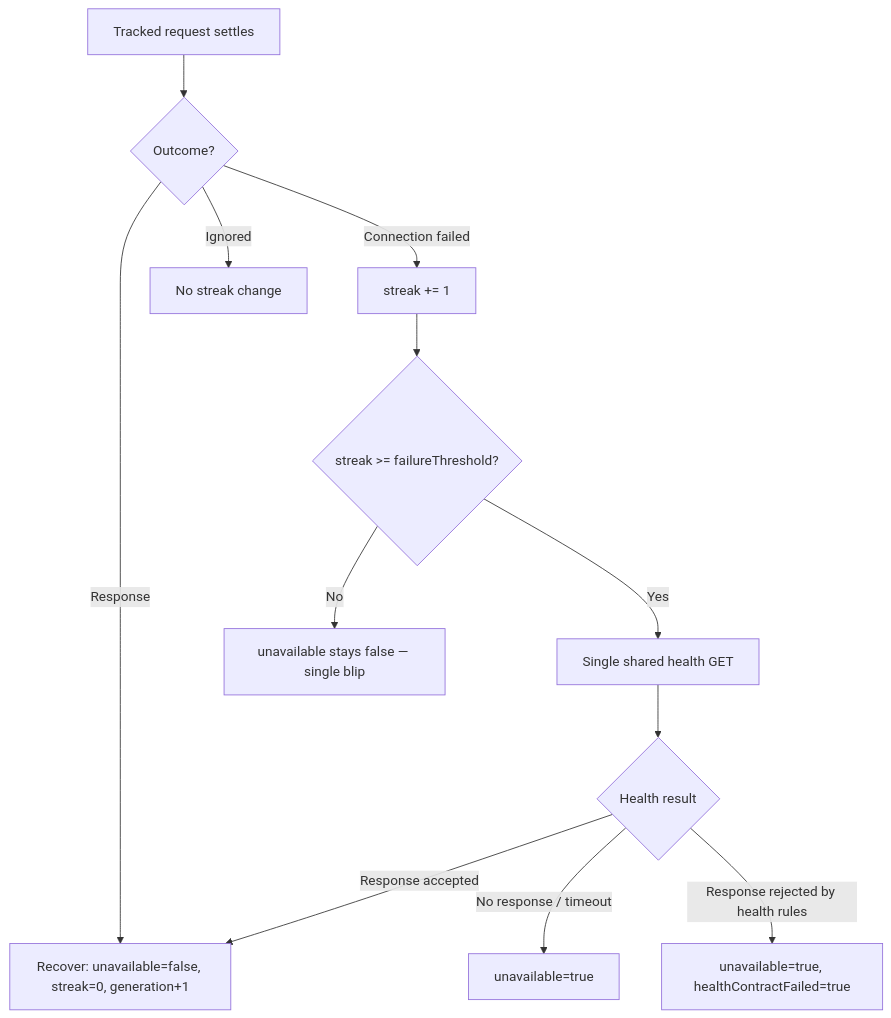
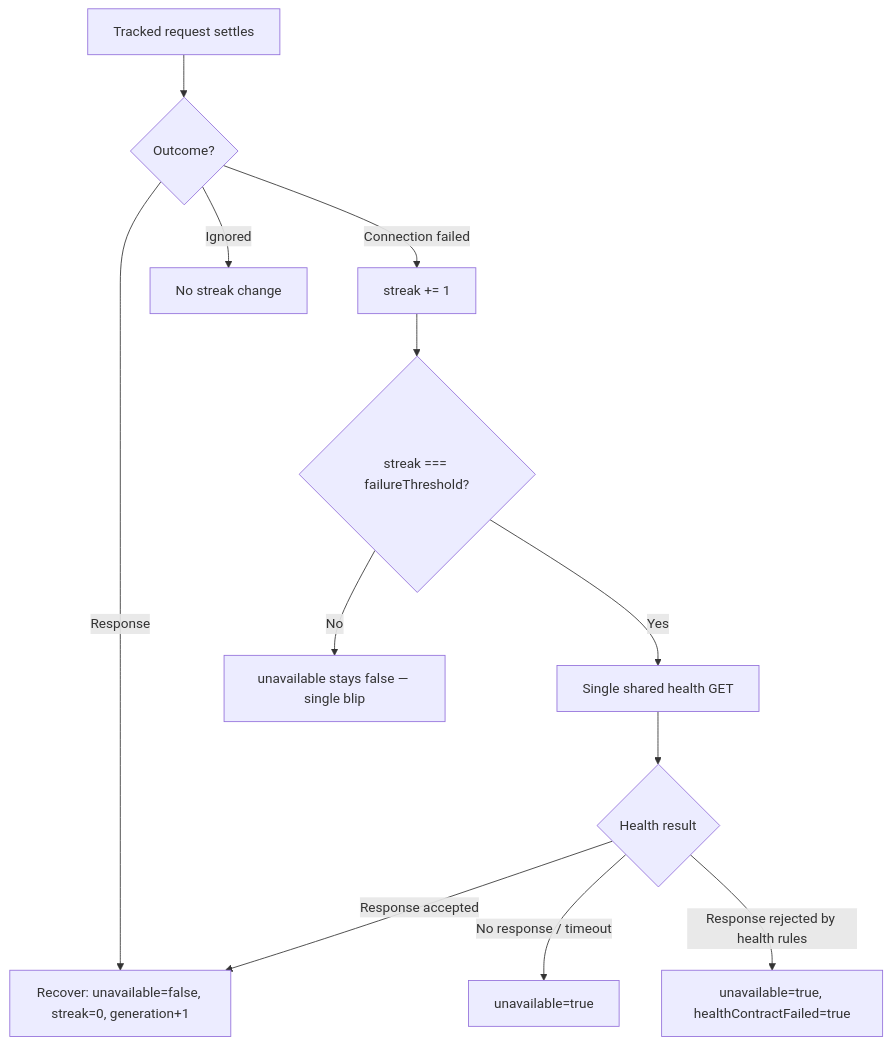
Before and after one commit to Underwood-Inc/idling.app__UI: the second of 7 diagrams in src/guides/offline-connectivity-engine/network-flow.md, drawn with Mermaid. The commit also changed other lines of this file and 10 other files, not shown here.

````diff
--- a/src/guides/offline-connectivity-engine/network-flow.md
+++ b/src/guides/offline-connectivity-engine/network-flow.md
@@ -71,15 +71,15 @@
 ```mermaid
 flowchart TD
   start[Tracked request settles]
   start --> kind{Outcome?}
   kind -->|Response| recover[Recover: unavailable=false, streak=0, generation+1]
   kind -->|Ignored| noop[No streak change]
   kind -->|Connection failed| streak[streak += 1]
-  streak --> thresh{streak >= failureThreshold?}
+  streak --> thresh{streak === failureThreshold?}
   thresh -->|No| hintOff[unavailable stays false — single blip]
   thresh -->|Yes| probe[Single shared health GET]
   probe --> pout{Health result}
   pout -->|Response accepted| recover
   pout -->|No response / timeout| bad[unavailable=true]
   pout -->|Response rejected by health rules| badHealth[unavailable=true, healthContractFailed=true]
 ```
````
